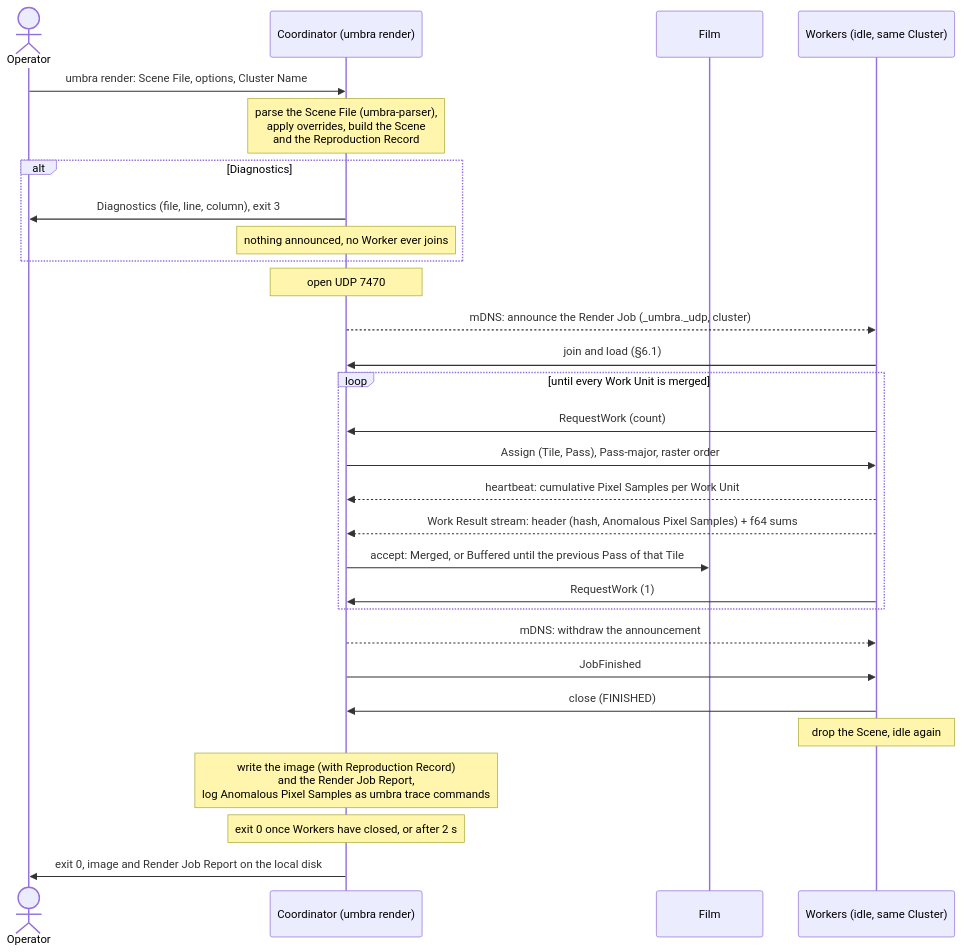
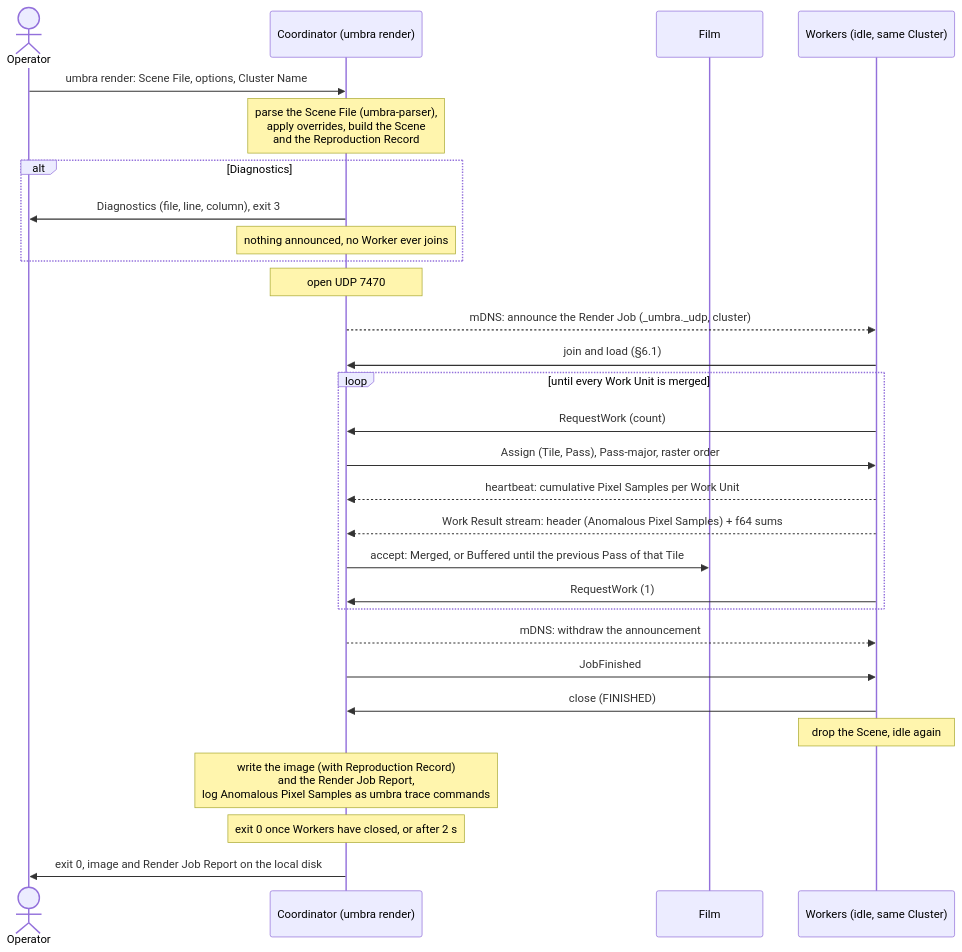
Before and after one commit to sergioffpc/umbra: the second of 6 diagrams in docs/architecture/06-runtime-view.md, drawn with Mermaid. The commit also changed other lines of this file and 28 other files, not shown here.

````diff
--- a/docs/architecture/06-runtime-view.md
+++ b/docs/architecture/06-runtime-view.md
@@ -49,31 +49,31 @@
 ```mermaid
 sequenceDiagram
     actor O as Operator
     participant C as Coordinator (umbra render)
     participant F as Film
     participant W as Workers (idle, same Cluster)
     O->>C: umbra render: Scene File, options, Cluster Name
     Note over C: parse the Scene File (umbra-parser),<br/>apply overrides, build the Scene<br/>and the Reproduction Record
     alt Diagnostics
         C->>O: Diagnostics (file, line, column), exit 3
         Note over C: nothing announced, no Worker ever joins
     end
     Note over C: open UDP 7470
     C-->>W: mDNS: announce the Render Job (_umbra._udp, cluster)
     W->>C: join and load (§6.1)
     loop until every Work Unit is merged
         W->>C: RequestWork (count)
         C->>W: Assign (Tile, Pass), Pass-major, raster order
         W-->>C: heartbeat: cumulative Pixel Samples per Work Unit
-        W-->>C: Work Result stream: header (hash, Anomalous Pixel Samples) + f64 sums
+        W-->>C: Work Result stream: header (Anomalous Pixel Samples) + f64 sums
         C->>F: accept: Merged, or Buffered until the previous Pass of that Tile
         W->>C: RequestWork (1)
     end
     C-->>W: mDNS: withdraw the announcement
     C->>W: JobFinished
     W->>C: close (FINISHED)
     Note over W: drop the Scene, idle again
     Note over C: write the image (with Reproduction Record)<br/>and the Render Job Report,<br/>log Anomalous Pixel Samples as umbra trace commands
     Note over C: exit 0 once Workers have closed, or after 2 s
     C->>O: exit 0, image and Render Job Report on the local disk
 ```
````
